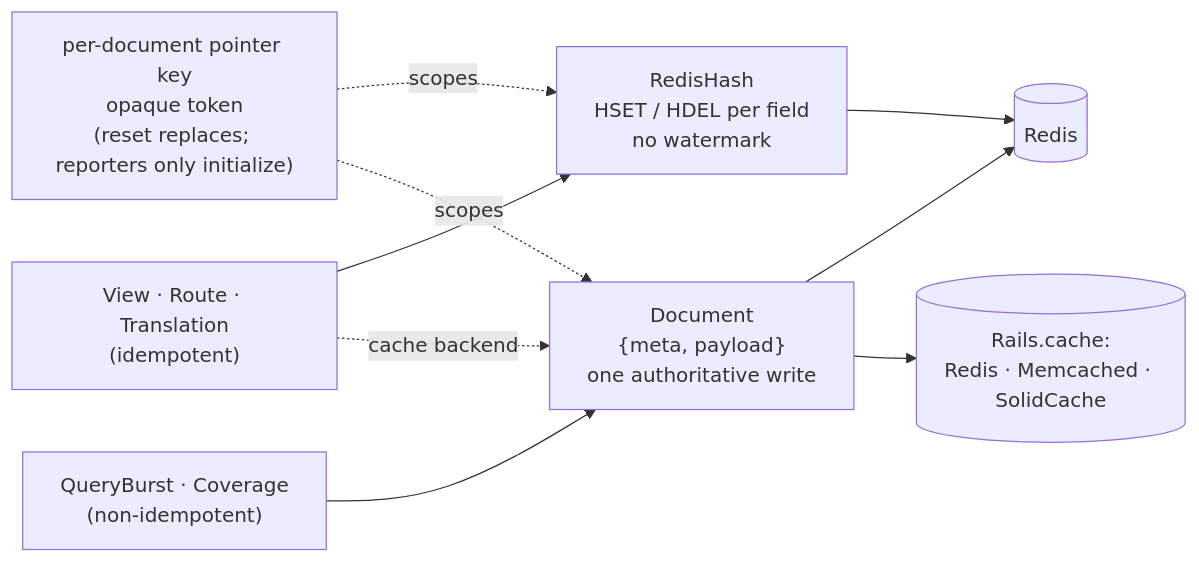
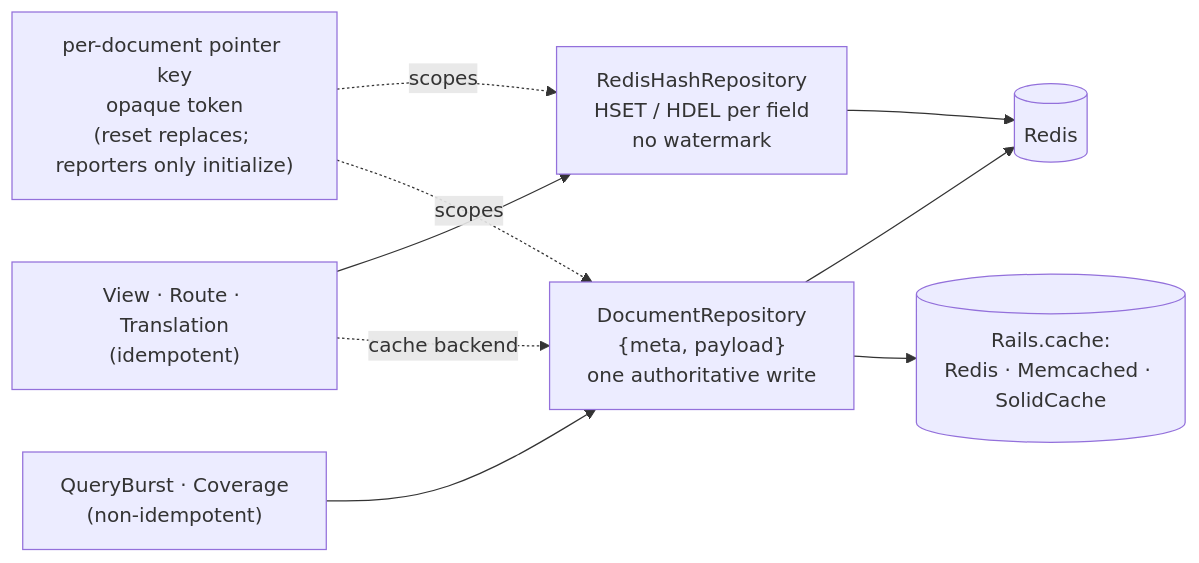
Before and after one commit to danmayer/coverband: the diagram in docs/active_support_cache_adapter_plan.md, drawn with Mermaid. The commit also changed other lines of this file and 8 other files, not shown here.

````diff
--- a/docs/active_support_cache_adapter_plan.md
+++ b/docs/active_support_cache_adapter_plan.md
@@ -612,12 +650,12 @@
 ```mermaid
 flowchart LR
     P["per-document pointer key<br/>opaque token<br/>(reset replaces; reporters only initialize)"]
     P -.->|scopes| H
     P -.->|scopes| DOC
-    A["View · Route · Translation<br/>(idempotent)"] --> H["RedisHash<br/>HSET / HDEL per field<br/>no watermark"]
-    Q["QueryBurst · Coverage<br/>(non-idempotent)"] --> DOC["Document<br/>{meta, payload}<br/>one authoritative write"]
+    A["View · Route · Translation<br/>(idempotent)"] --> H["RedisHashRepository<br/>HSET / HDEL per field<br/>no watermark"]
+    Q["QueryBurst · Coverage<br/>(non-idempotent)"] --> DOC["DocumentRepository<br/>{meta, payload}<br/>one authoritative write"]
     H --> F[(Redis)]
     DOC --> F
     DOC --> G[(Rails.cache:<br/>Redis · Memcached · SolidCache)]
     A -.->|cache backend| DOC
 ```
````
